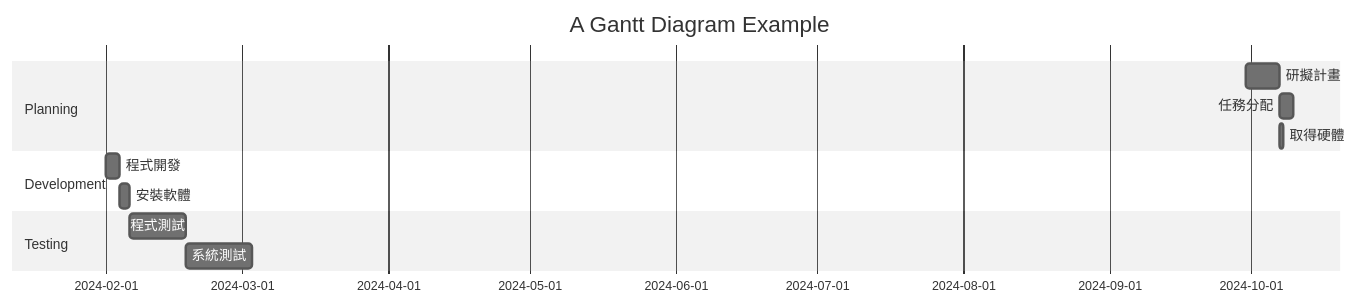
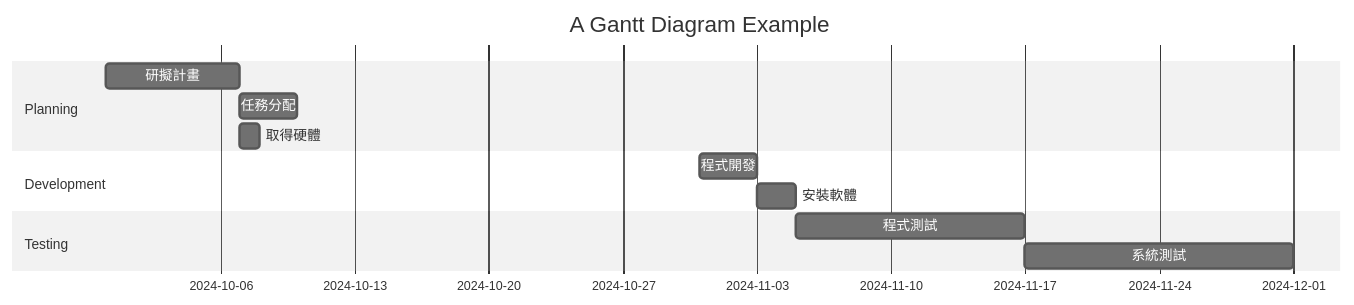
The diagram in hw2.md (koreanfish1450/homework), drawn with Mermaid (neutral theme) before and after one commit.

````diff
--- a/hw2.md
+++ b/hw2.md
@@ -1,17 +1,17 @@
 ```mermaid
 gantt
     title A Gantt Diagram Example
 
     section Planning
     研擬計畫           :a1, 2024-09-30, 7d
     任務分配     :after a1  , 3d
     取得硬體     :a2, after a1, 1d
 
     section Development
-    程式開發      :a3, 2024-02-01, 3d
+    程式開發      :a3, 2024-10-31, 3d
     安裝軟體      :a4, after a3, 2d
 
     section Testing
     程式測試     :a5, after a4, 12d
     系統測試     :a6, after a5, 14d
 ```
````
